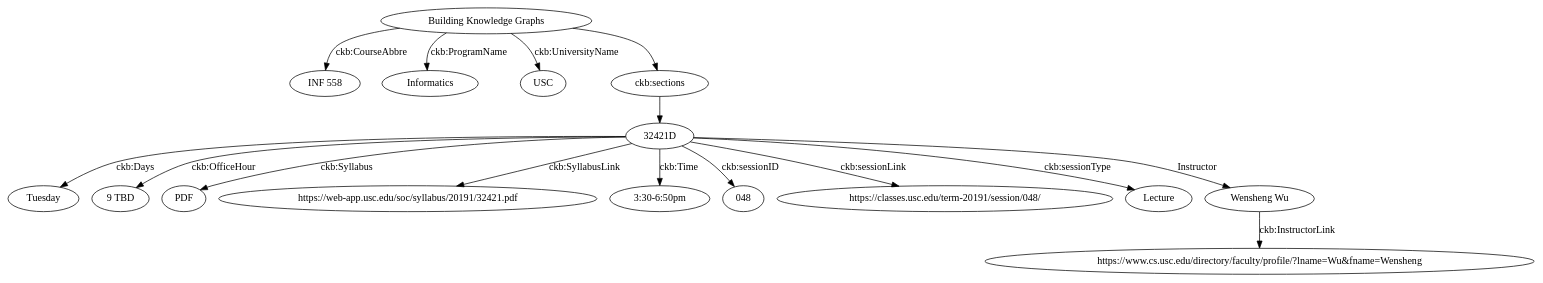
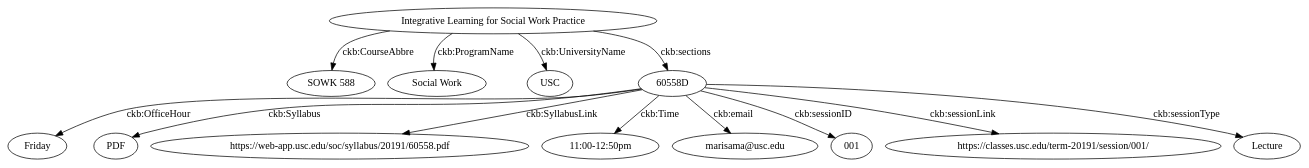
The diagram in pyapp/temp.dot (GUZiGit/INF558Group), drawn with Graphviz before and after one commit. The commit also changed 3 other files, not shown here.

```diff
--- a/pyapp/temp.dot
+++ b/pyapp/temp.dot
@@ -1,16 +1,14 @@
-strict digraph tree {  < Building Knowledge Graphs >-><INF 558>[label=<ckb:CourseAbbre>];
-< Building Knowledge Graphs >-><Informatics >[label=<ckb:ProgramName>];
-< Building Knowledge Graphs >-><USC>[label=<ckb:UniversityName>];
-< Building Knowledge Graphs >-><ckb:sections>;
-<ckb:sections>-><32421D>;
-<32421D>-><Tuesday>[label=<ckb:Days>];
-<32421D>-><9 TBD>[label=<ckb:OfficeHour>];
-<32421D>-><PDF>[label=<ckb:Syllabus>];
-<32421D>-><https://web-app.usc.edu/soc/syllabus/20191/32421.pdf>[label=<ckb:SyllabusLink>];
-<32421D>-><3:30-6:50pm>[label=<ckb:Time>];
-<32421D>-><048>[label=<ckb:sessionID>];
-<32421D>-><https://classes.usc.edu/term-20191/session/048/>[label=<ckb:sessionLink>];
-<32421D>-><Lecture>[label=<ckb:sessionType>];
-<32421D>-><Wensheng Wu>[label=<Instructor>];
-<Wensheng Wu>-><https://www.cs.usc.edu/directory/faculty/profile/?lname=Wu&fname=Wensheng>[label=<ckb:InstructorLink>];
+strict digraph tree {  < Integrative Learning for Social Work Practice >-><SOWK 588>[label=<ckb:CourseAbbre>];
+< Integrative Learning for Social Work Practice >-><Social Work >[label=<ckb:ProgramName>];
+< Integrative Learning for Social Work Practice >-><USC>[label=<ckb:UniversityName>];
+< Integrative Learning for Social Work Practice >-><60558D>[label=<ckb:sections>];
+<60558D>-><Friday>[label=<ckb:Days>];
+<60558D>-><Friday>[label=<ckb:OfficeHour>];
+<60558D>-><PDF>[label=<ckb:Syllabus>];
+<60558D>-><https://web-app.usc.edu/soc/syllabus/20191/60558.pdf>[label=<ckb:SyllabusLink>];
+<60558D>-><11:00-12:50pm>[label=<ckb:Time>];
+<60558D>-><marisama@usc.edu>[label=<ckb:email>];
+<60558D>-><001>[label=<ckb:sessionID>];
+<60558D>-><https://classes.usc.edu/term-20191/session/001/>[label=<ckb:sessionLink>];
+<60558D>-><Lecture>[label=<ckb:sessionType>];
 }
```
